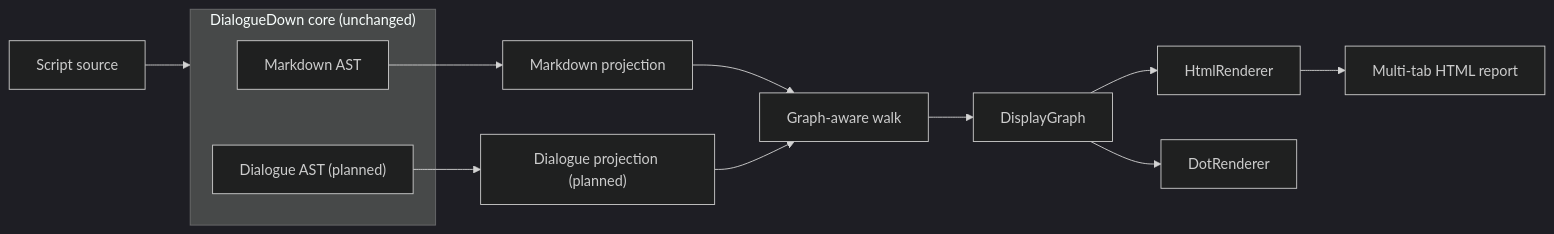
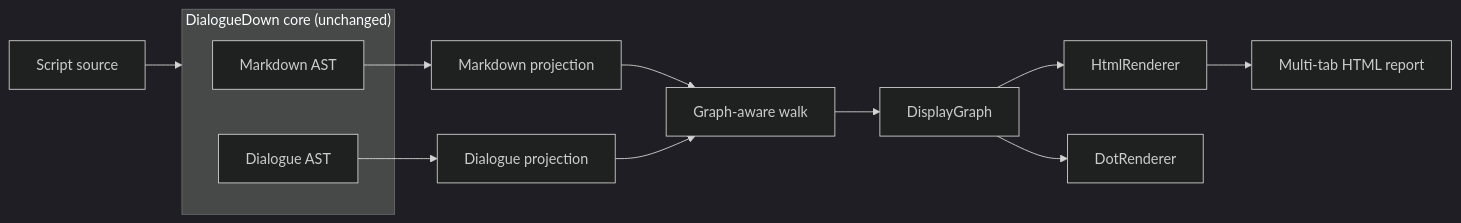
Before and after one commit to pengzhengyi/dialoguedown: the diagram in docs/contributing/design-notes/visualization/report/Compilation Visualization.md, drawn with Mermaid (dark theme). The commit also changed other lines of this file and 11 other files, not shown here.

````diff
--- a/docs/contributing/design-notes/visualization/report/Compilation Visualization.md
+++ b/docs/contributing/design-notes/visualization/report/Compilation Visualization.md
@@ -146,16 +148,16 @@
 ```mermaid
 flowchart LR
     Source["Script source"] --> Compiler
     subgraph Compiler["DialogueDown core (unchanged)"]
         MD["Markdown AST"]
-        DA["Dialogue AST (planned)"]
+        DA["Dialogue AST"]
     end
     MD --> MP["Markdown projection"]
-    DA --> DP["Dialogue projection (planned)"]
+    DA --> DP["Dialogue projection"]
     MP --> Walk["Graph-aware walk"]
     DP --> Walk
     Walk --> DG["DisplayGraph"]
     DG --> HTML["HtmlRenderer"]
     DG --> DOT["DotRenderer"]
     HTML --> Report["Multi-tab HTML report"]
 ```
````
